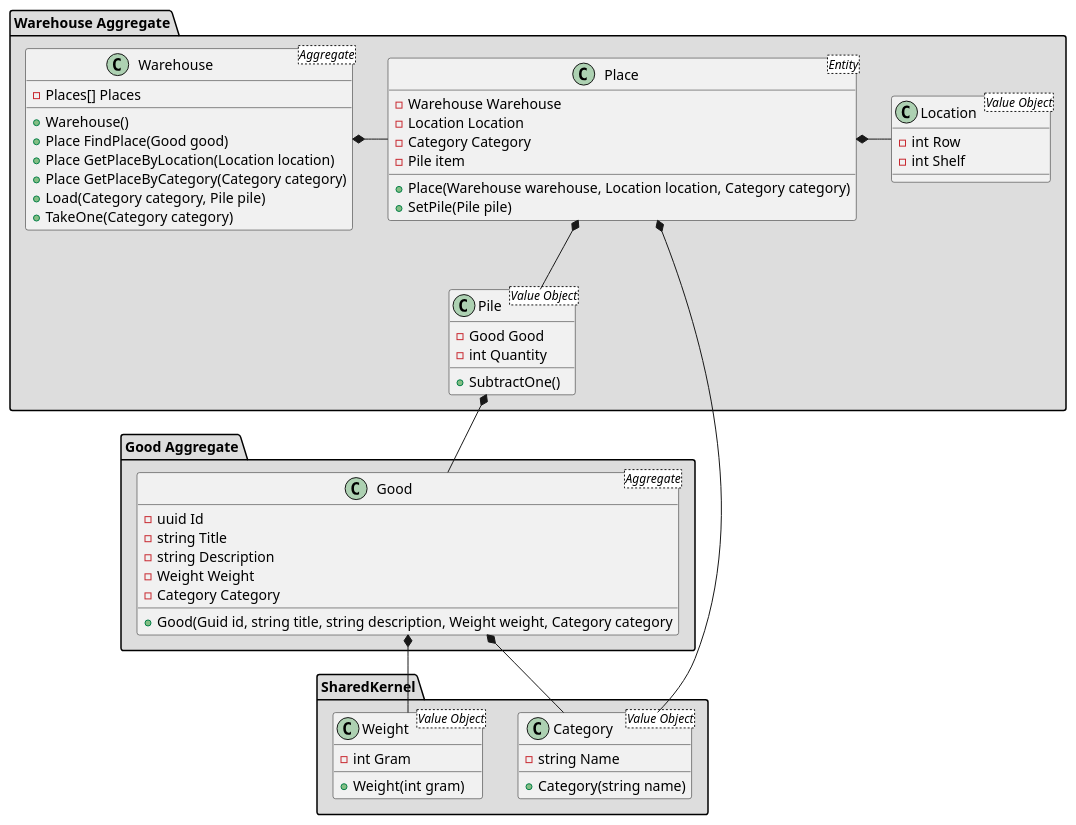
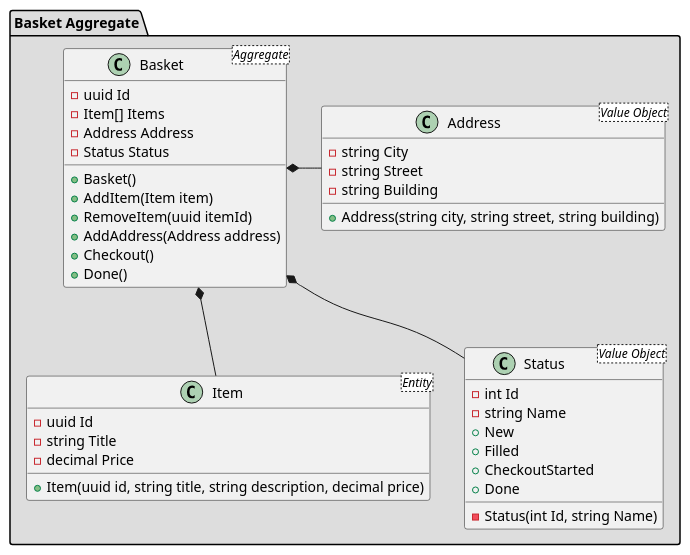
The third of 5 diagrams in services/ordering/README.md (gerzhan/knigaexpert-system-design), drawn with PlantUML before and after one commit. The commit also changed other lines of this file and 1 other file, not shown here.

````diff
--- a/services/ordering/README.md
+++ b/services/ordering/README.md
@@ -74,71 +74,48 @@
 ```plantuml
-package "Warehouse Aggregate"  #DDDDDD {
-  Class Warehouse <Aggregate>
+package "Basket Aggregate"  #DDDDDD {
+  Class Basket <Aggregate>
   {
-    - Places[] Places
+    - uuid Id
+    - Item[] Items
+    - Address Address
+    - Status Status
 
-    + Warehouse()
-    + Place FindPlace(Good good)
-    + Place GetPlaceByLocation(Location location)
-    + Place GetPlaceByCategory(Category category)
-    + Load(Category category, Pile pile)
-    + TakeOne(Category category)
+    + Basket()
+    + AddItem(Item item)
+    + RemoveItem(uuid itemId)
+    + AddAddress(Address address)
+    + Checkout()
+    + Done()    
   }
   
-  Class Place <Entity>
-  {
-    - Warehouse Warehouse
-    - Location Location
-    - Category Category
-    - Pile item
-
-    + Place(Warehouse warehouse, Location location, Category category)
-    + SetPile(Pile pile)
-  }  
-
-  Class Pile <Value Object>{
-    - Good Good
-    - int Quantity
-    + SubtractOne()
-  }
-
-  Class Location <Value Object> {
-    - int Row
-    - int Shelf 
-  }
-
-  Warehouse *- Place
-  Place *- Location
-  Place *-- Pile
-}
-
-package "SharedKernel" #DDDDDD {
-  Class Category <Value Object>
-  {
-    - string Name
-    + Category(string name)
-  }  
-  Place *- Category 
-
-  Class Weight <Value Object>
-  {
-    - int Gram
-    + Weight(int gram)
-  }
-}
-
-package "Good Aggregate" #DDDDDD {
-  Class Good <Aggregate>
+  Class Item <Entity>
   {
     - uuid Id
     - string Title
-    - string Description
-    - Weight Weight
-    - Category Category
-    + Good(Guid id, string title, string description, Weight weight, Category category
+    - decimal Price    
+    + Item(uuid id, string title, string description, decimal price)    
+  }  
+
+  Class Address <Value Object>{
+    - string City
+    - string Street
+    - string Building
+    + Address(string сity, string street, string building)
   }
-  Good *-- Weight
-  Good *- Category
-  Pile *-- Good
+
+  Class Status <Value Object>{
+    - int Id
+    - string Name
+    + New
+    + Filled
+    + CheckoutStarted
+    + Done
+
+    - Status(int Id, string Name)
+  }  
 }
+
+Basket *-- Item
+Basket *- Address
+Basket *-- Status
 ```
````
